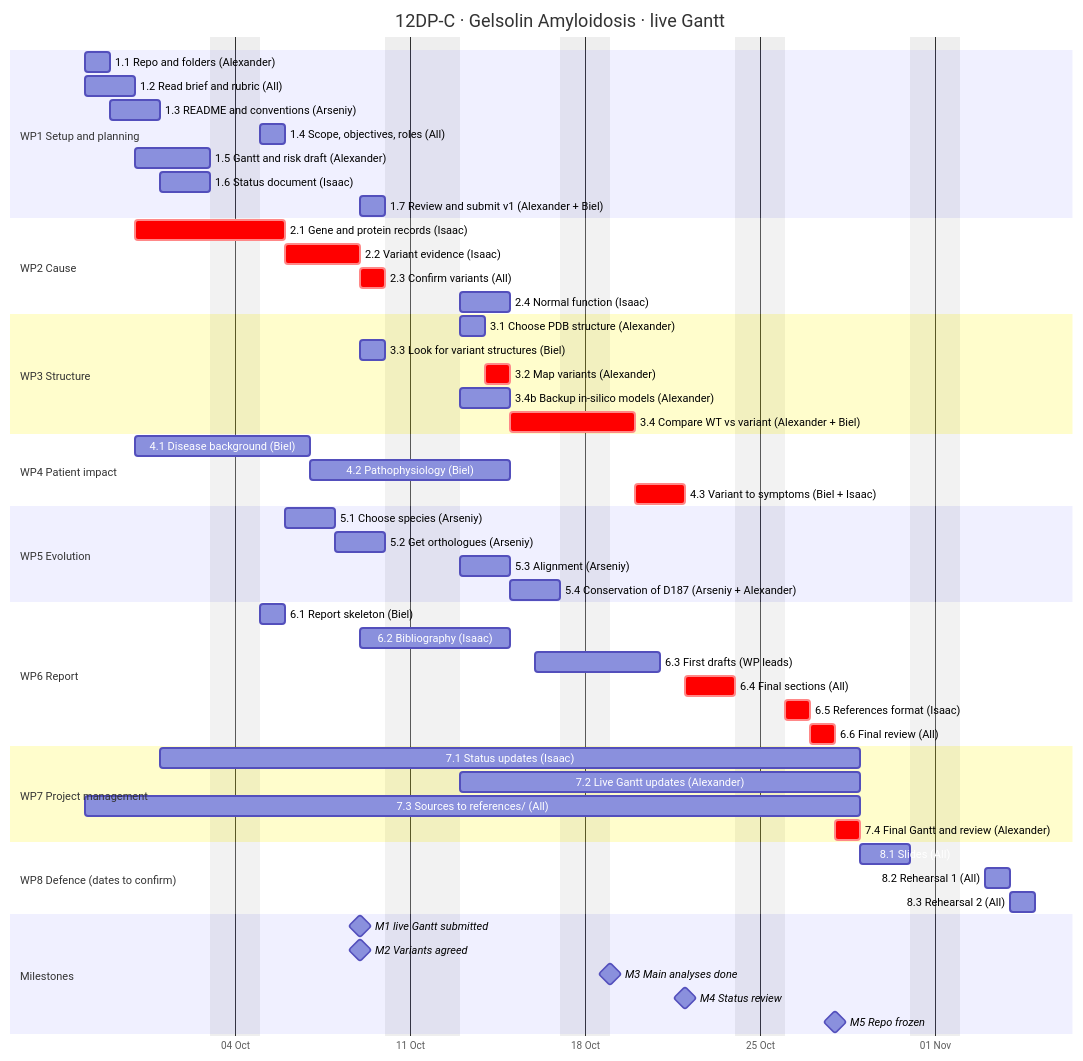
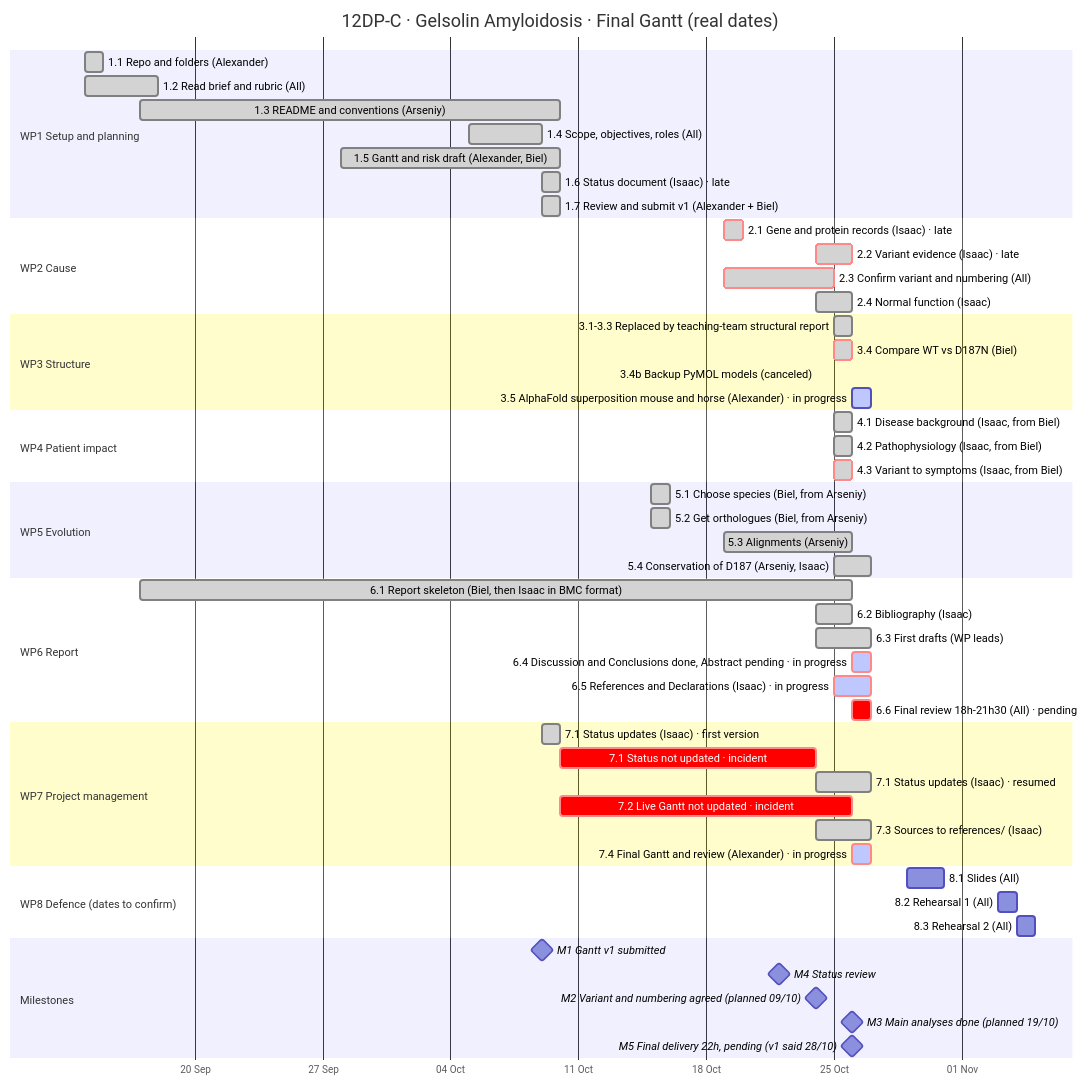
Before and after one commit to detorotodorov-alexander/12DP-C_GA_IB_2026: the diagram in gantt/gantt_live.md, drawn with Mermaid. The commit also changed other lines of this file, not shown here.

Commit message:
Finalize Gantt chart and add retrospective analysis
Updated Gantt chart to reflect final project dates and retrospective analysis. Adjusted task statuses and added insights on project deviations and lessons learned.

````diff
--- a/gantt/gantt_live.md
+++ b/gantt/gantt_live.md
@@ -7,67 +9,68 @@
 ```mermaid
 gantt
-    title 12DP-C · Gelsolin Amyloidosis · live Gantt
+    title 12DP-C · Gelsolin Amyloidosis · Final Gantt (real dates)
     dateFormat YYYY-MM-DD
     axisFormat %d %b
-    excludes weekends, 2026-10-12
+    tickInterval 1week
     todayMarker off
 
     section WP1 Setup and planning
-    1.1 Repo and folders (Alexander)            :t11, 2026-09-28, 1d
-    1.2 Read brief and rubric (All)             :t12, 2026-09-28, 2d
-    1.3 README and conventions (Arseniy)        :t13, 2026-09-29, 2d
-    1.4 Scope, objectives, roles (All)          :t14, 2026-10-05, 1d
-    1.5 Gantt and risk draft (Alexander)        :t15, 2026-09-30, 3d
-    1.6 Status document (Isaac)                 :t16, 2026-10-01, 2d
-    1.7 Review and submit v1 (Alexander + Biel) :t17, 2026-10-09, 1d
+    1.1 Repo and folders (Alexander)                 :done, t11, 2026-09-14, 1d
+    1.2 Read brief and rubric (All)                  :done, t12, 2026-09-14, 4d
+    1.3 README and conventions (Arseniy)             :done, t13, 2026-09-17, 23d
+    1.4 Scope, objectives, roles (All)               :done, t14, 2026-10-05, 4d
+    1.5 Gantt and risk draft (Alexander, Biel)       :done, t15, 2026-09-28, 12d
+    1.6 Status document (Isaac) · late               :done, t16, 2026-10-09, 1d
+    1.7 Review and submit v1 (Alexander + Biel)      :done, t17, 2026-10-09, 1d
 
     section WP2 Cause
-    2.1 Gene and protein records (Isaac)        :crit, t21, 2026-09-30, 4d
-    2.2 Variant evidence (Isaac)                :crit, t22, 2026-10-06, 3d
-    2.3 Confirm variants (All)                  :crit, t23, 2026-10-09, 1d
-    2.4 Normal function (Isaac)                 :t24, 2026-10-13, 2d
+    2.1 Gene and protein records (Isaac) · late      :crit, done, t21, 2026-10-19, 1d
+    2.2 Variant evidence (Isaac) · late              :crit, done, t22, 2026-10-24, 2d
+    2.3 Confirm variant and numbering (All)          :crit, done, t23, 2026-10-19, 6d
+    2.4 Normal function (Isaac)                      :done, t24, 2026-10-24, 2d
 
     section WP3 Structure
-    3.1 Choose PDB structure (Alexander)        :t31, 2026-10-13, 1d
-    3.3 Look for variant structures (Biel)      :t33, 2026-10-09, 1d
-    3.2 Map variants (Alexander)                :crit, t32, 2026-10-14, 1d
-    3.4b Backup in-silico models (Alexander)    :t34b, 2026-10-13, 2d
-    3.4 Compare WT vs variant (Alexander + Biel):crit, t34, 2026-10-15, 3d
+    3.1-3.3 Replaced by teaching-team structural report :done, t31, 2026-10-25, 1d
+    3.4 Compare WT vs D187N (Biel)                   :crit, done, t34, 2026-10-25, 1d
+    3.4b Backup PyMOL models (canceled)              :t34b, 2026-10-13, 0d
+    3.5 AlphaFold superposition mouse and horse (Alexander) · in progress :active, t35, 2026-10-26, 1d
 
     section WP4 Patient impact
-    4.1 Disease background (Biel)               :t41, 2026-09-30, 5d
-    4.2 Pathophysiology (Biel)                  :t42, 2026-10-07, 5d
-    4.3 Variant to symptoms (Biel + Isaac)      :crit, t43, 2026-10-20, 2d
+    4.1 Disease background (Isaac, from Biel)        :done, t41, 2026-10-25, 1d
+    4.2 Pathophysiology (Isaac, from Biel)           :done, t42, 2026-10-25, 1d
+    4.3 Variant to symptoms (Isaac, from Biel)       :crit, done, t43, 2026-10-25, 1d
 
     section WP5 Evolution
-    5.1 Choose species (Arseniy)                :t51, 2026-10-06, 2d
-    5.2 Get orthologues (Arseniy)               :t52, 2026-10-08, 2d
-    5.3 Alignment (Arseniy)                     :t53, 2026-10-13, 2d
-    5.4 Conservation of D187 (Arseniy + Alexander):t54, 2026-10-15, 2d
+    5.1 Choose species (Biel, from Arseniy)          :done, t51, 2026-10-15, 1d
+    5.2 Get orthologues (Biel, from Arseniy)         :done, t52, 2026-10-15, 1d
+    5.3 Alignments (Arseniy)                         :done, t53, 2026-10-19, 7d
+    5.4 Conservation of D187 (Arseniy, Isaac)        :done, t54, 2026-10-25, 2d
 
     section WP6 Report
-    6.1 Report skeleton (Biel)                  :t61, 2026-10-05, 1d
-    6.2 Bibliography (Isaac)                    :t62, 2026-10-09, 3d
-    6.3 First drafts (WP leads)                 :t63, 2026-10-16, 3d
-    6.4 Final sections (All)                    :crit, t64, 2026-10-22, 2d
-    6.5 References format (Isaac)               :crit, t65, 2026-10-26, 1d
-    6.6 Final review (All)                      :crit, t66, 2026-10-27, 1d
+    6.1 Report skeleton (Biel, then Isaac in BMC format) :done, t61, 2026-09-17, 39d
+    6.2 Bibliography (Isaac)                         :done, t62, 2026-10-24, 2d
+    6.3 First drafts (WP leads)                      :done, t63, 2026-10-24, 3d
+    6.4 Discussion and Conclusions done, Abstract pending · in progress :crit, active, t64, 2026-10-26, 1d
+    6.5 References and Declarations (Isaac) · in progress :crit, active, t65, 2026-10-25, 2d
+    6.6 Final review 18h-21h30 (All) · pending       :crit, t66, 2026-10-26, 1d
 
     section WP7 Project management
-    7.1 Status updates (Isaac)                  :t71, 2026-10-01, 19d
-    7.2 Live Gantt updates (Alexander)          :t72, 2026-10-13, 12d
-    7.3 Sources to references/ (All)            :t73, 2026-09-28, 22d
-    7.4 Final Gantt and review (Alexander)      :crit, t74, 2026-10-28, 1d
+    7.1 Status updates (Isaac) · first version       :done, t71a, 2026-10-09, 1d
+    7.1 Status not updated · incident                :crit, t71g, 2026-10-10, 14d
+    7.1 Status updates (Isaac) · resumed             :done, t71b, 2026-10-24, 3d
+    7.2 Live Gantt not updated · incident            :crit, t72, 2026-10-10, 16d
+    7.3 Sources to references/ (Isaac)               :done, t73, 2026-10-24, 3d
+    7.4 Final Gantt and review (Alexander) · in progress :crit, active, t74, 2026-10-26, 1d
 
     section WP8 Defence (dates to confirm)
-    8.1 Slides (All)                            :t81, 2026-10-29, 2d
-    8.2 Rehearsal 1 (All)                       :t82, 2026-11-03, 1d
-    8.3 Rehearsal 2 (All)                       :t83, 2026-11-04, 1d
+    8.1 Slides (All)                                 :t81, 2026-10-29, 2d
+    8.2 Rehearsal 1 (All)                            :t82, 2026-11-03, 1d
+    8.3 Rehearsal 2 (All)                            :t83, 2026-11-04, 1d
 
     section Milestones
-    M1 live Gantt submitted          :milestone, m1, 2026-10-09, 0d
-    M2 Variants agreed             :milestone, m2, 2026-10-09, 0d
-    M3 Main analyses done          :milestone, m3, 2026-10-19, 0d
-    M4 Status review               :milestone, m4, 2026-10-22, 0d
-    M5 Repo frozen                 :milestone, m5, 2026-10-28, 0d
+    M1 Gantt v1 submitted                            :milestone, m1, 2026-10-09, 0d
+    M4 Status review                                 :milestone, m4, 2026-10-22, 0d
+    M2 Variant and numbering agreed (planned 09/10)  :milestone, m2, 2026-10-24, 0d
+    M3 Main analyses done (planned 19/10)            :milestone, m3, 2026-10-26, 0d
+    M5 Final delivery 22h, pending (v1 said 28/10)   :milestone, m5, 2026-10-26, 0d
 ```
````
